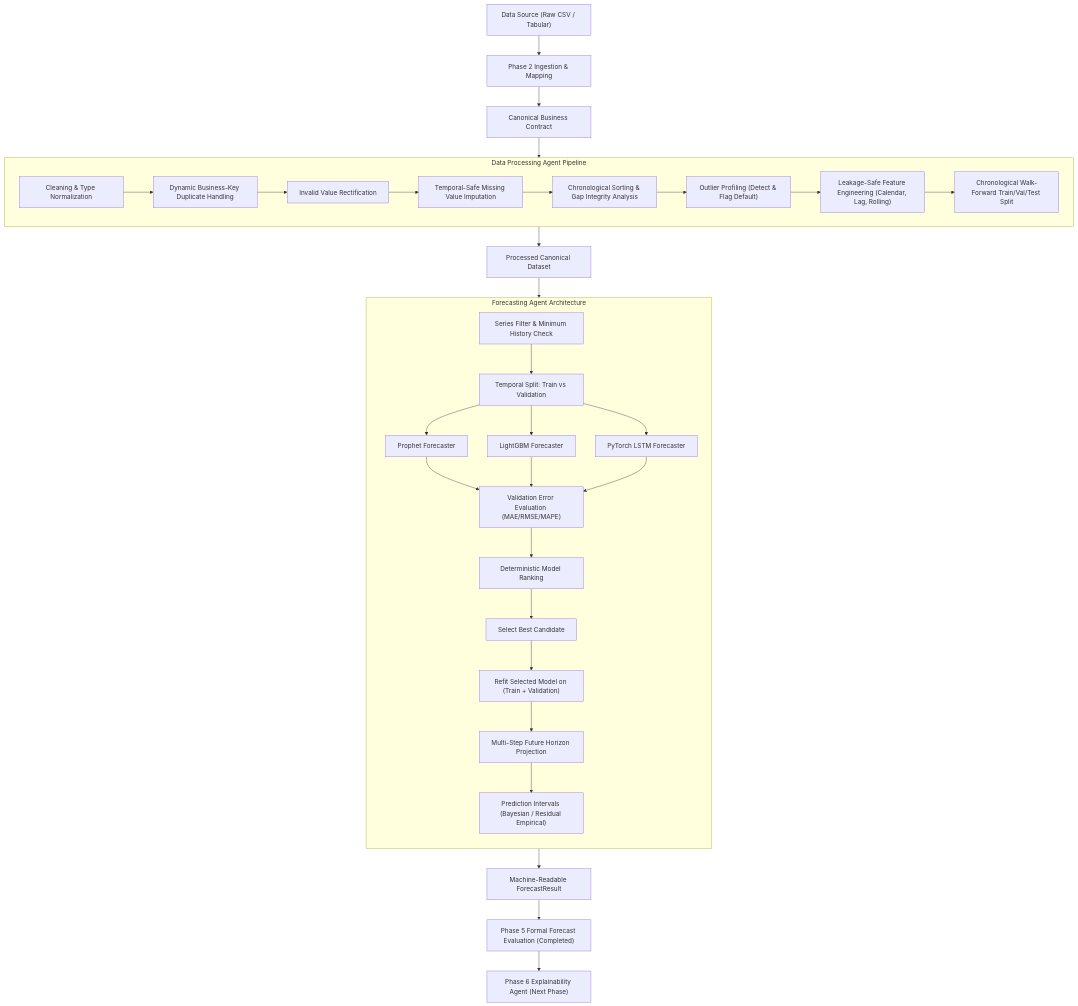
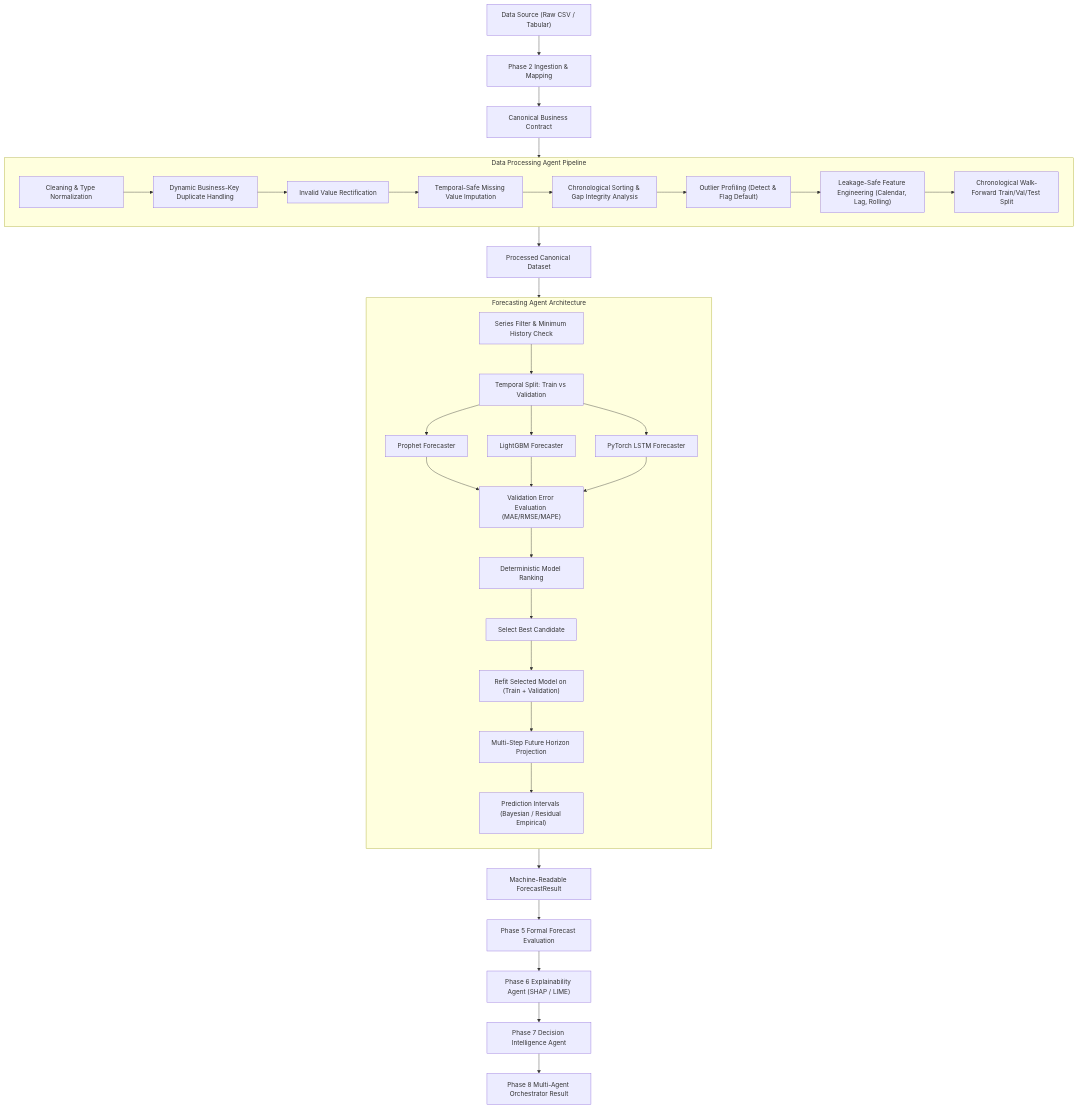
The diagram in README.md (ManthanBalla/GlassBox-BI), drawn with Mermaid before and after one commit. The commit also changed other lines of this file and 25 other files, not shown here.

Commit message:
feat : implemented multi agent orchestration

````diff
--- a/README.md
+++ b/README.md
@@ -78,37 +83,39 @@
 ```mermaid
 flowchart TD
     Source["Data Source (Raw CSV / Tabular)"] --> Ingestion["Phase 2 Ingestion & Mapping"]
     Ingestion --> Contract["Canonical Business Contract"]
     Contract --> DPA["Phase 3 Data Processing Agent"]
     
     subgraph DPA["Data Processing Agent Pipeline"]
         C1["Cleaning & Type Normalization"] --> C2["Dynamic Business-Key Duplicate Handling"]
         C2 --> C3["Invalid Value Rectification"]
         C3 --> C4["Temporal-Safe Missing Value Imputation"]
         C4 --> C5["Chronological Sorting & Gap Integrity Analysis"]
         C5 --> C6["Outlier Profiling (Detect & Flag Default)"]
         C6 --> C7["Leakage-Safe Feature Engineering (Calendar, Lag, Rolling)"]
         C7 --> C8["Chronological Walk-Forward Train/Val/Test Split"]
     end
     
     DPA --> Processed["Processed Canonical Dataset"]
     Processed --> FA["Phase 4 Forecasting Agent"]
 
     subgraph FA["Forecasting Agent Architecture"]
         direction TB
         F1["Series Filter & Minimum History Check"] --> F2["Temporal Split: Train vs Validation"]
         F2 --> M1["Prophet Forecaster"]
         F2 --> M2["LightGBM Forecaster"]
         F2 --> M3["PyTorch LSTM Forecaster"]
         M1 & M2 & M3 --> ValEval["Validation Error Evaluation (MAE/RMSE/MAPE)"]
         ValEval --> Rank["Deterministic Model Ranking"]
         Rank --> Select["Select Best Candidate"]
         Select --> Refit["Refit Selected Model on (Train + Validation)"]
         Refit --> GenFC["Multi-Step Future Horizon Projection"]
         GenFC --> Int["Prediction Intervals (Bayesian / Residual Empirical)"]
     end
 
     FA --> FCResult["Machine-Readable ForecastResult"]
-    FCResult --> P5["Phase 5 Formal Forecast Evaluation (Completed)"]
-    P5 --> P6["Phase 6 Explainability Agent (Next Phase)"]
+    FCResult --> P5["Phase 5 Formal Forecast Evaluation"]
+    P5 --> P6["Phase 6 Explainability Agent (SHAP / LIME)"]
+    P6 --> P7["Phase 7 Decision Intelligence Agent"]
+    P7 --> P8["Phase 8 Multi-Agent Orchestrator Result"]
 ```
````
